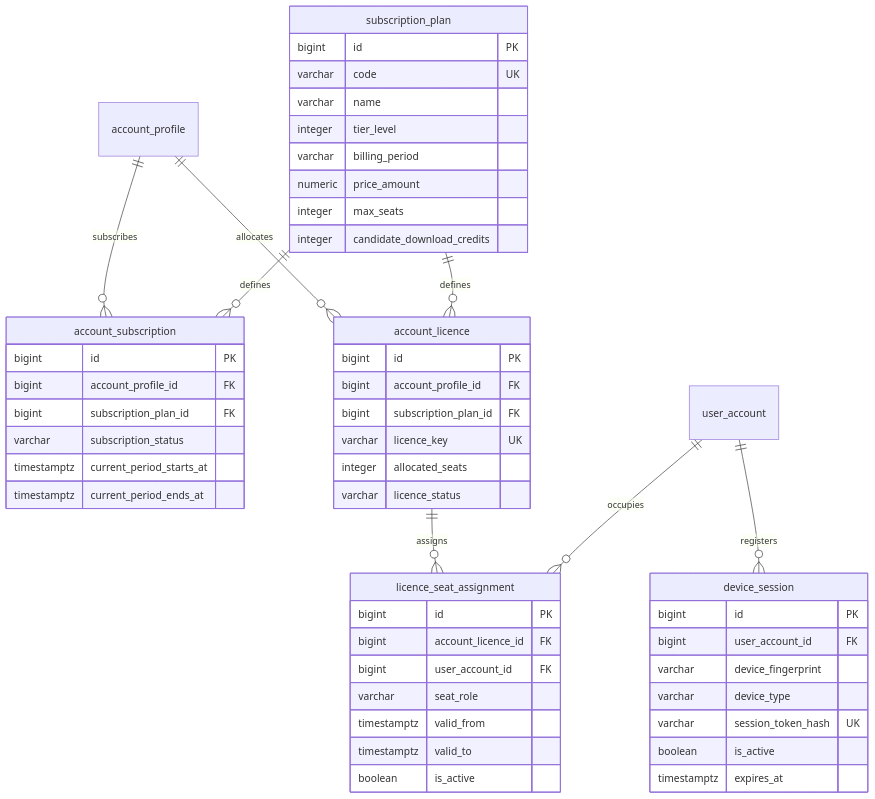
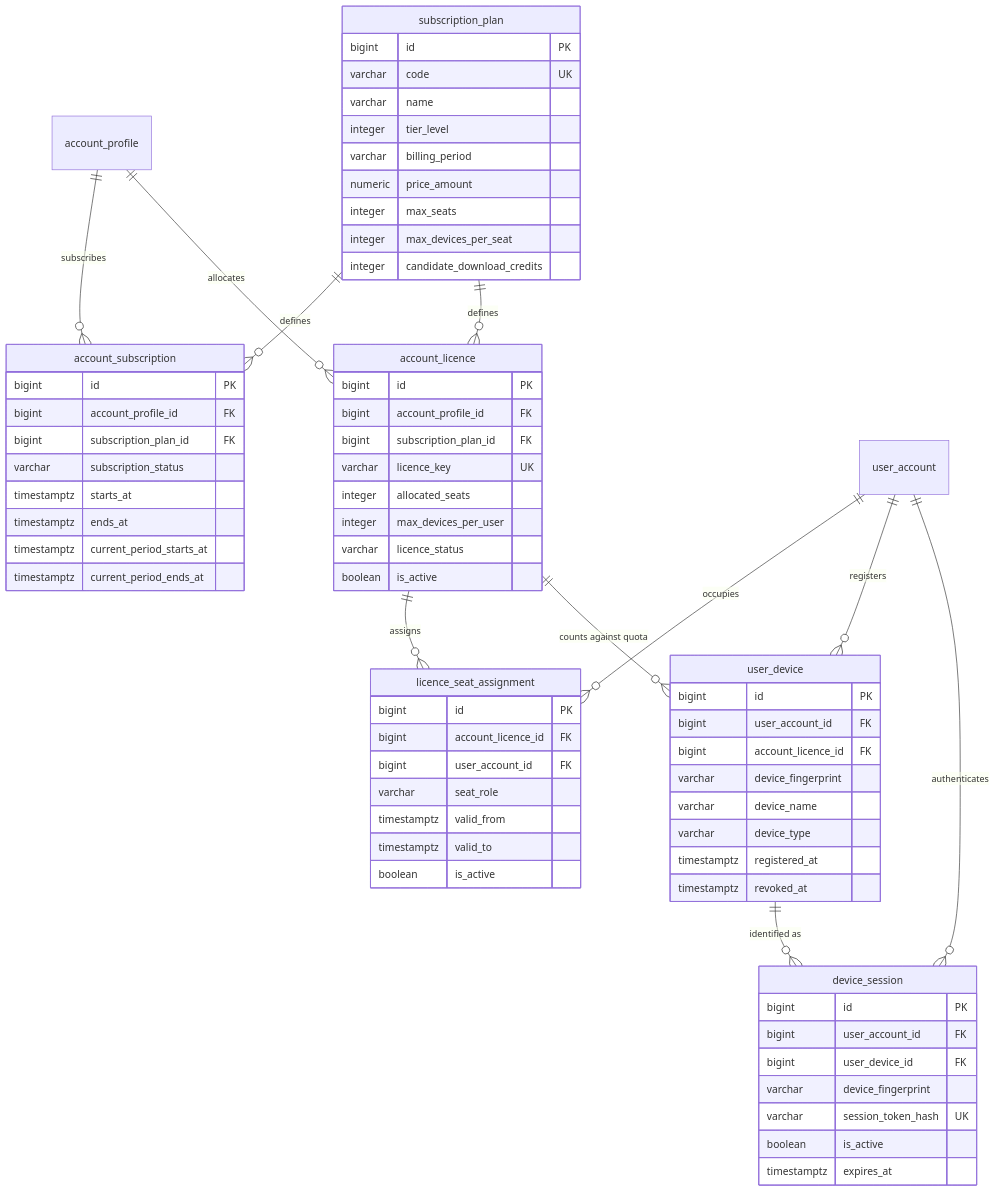
The first of 3 diagrams in phase3/RELATIONSHIPS.md (Kaileshwar16/talentra), drawn with Mermaid before and after one commit. The commit also changed other lines of this file and 16 other files, not shown here.

````diff
--- a/phase3/RELATIONSHIPS.md
+++ b/phase3/RELATIONSHIPS.md
@@ -9,59 +9,78 @@
 ```mermaid
 erDiagram
     account_profile ||--o{ account_subscription : subscribes
     subscription_plan ||--o{ account_subscription : defines
     account_profile ||--o{ account_licence : allocates
     subscription_plan ||--o{ account_licence : defines
     account_licence ||--o{ licence_seat_assignment : assigns
     user_account ||--o{ licence_seat_assignment : occupies
-    user_account ||--o{ device_session : registers
+    user_account ||--o{ user_device : registers
+    account_licence ||--o{ user_device : "counts against quota"
+    user_account ||--o{ device_session : "authenticates"
+    user_device ||--o{ device_session : "identified as"
 
     subscription_plan {
         bigint id PK
         varchar code UK
         varchar name
         integer tier_level
         varchar billing_period
         numeric price_amount
         integer max_seats
+        integer max_devices_per_seat
         integer candidate_download_credits
     }
 
     account_subscription {
         bigint id PK
         bigint account_profile_id FK
         bigint subscription_plan_id FK
         varchar subscription_status
+        timestamptz starts_at
+        timestamptz ends_at
         timestamptz current_period_starts_at
         timestamptz current_period_ends_at
     }
 
     account_licence {
         bigint id PK
         bigint account_profile_id FK
         bigint subscription_plan_id FK
         varchar licence_key UK
         integer allocated_seats
+        integer max_devices_per_user
         varchar licence_status
+        boolean is_active
     }
 
     licence_seat_assignment {
         bigint id PK
         bigint account_licence_id FK
         bigint user_account_id FK
         varchar seat_role
         timestamptz valid_from
         timestamptz valid_to
         boolean is_active
     }
 
+    user_device {
+        bigint id PK
+        bigint user_account_id FK
+        bigint account_licence_id FK
+        varchar device_fingerprint
+        varchar device_name
+        varchar device_type
+        timestamptz registered_at
+        timestamptz revoked_at
+    }
+
     device_session {
         bigint id PK
         bigint user_account_id FK
+        bigint user_device_id FK
         varchar device_fingerprint
-        varchar device_type
         varchar session_token_hash UK
         boolean is_active
         timestamptz expires_at
     }
 ```
````
